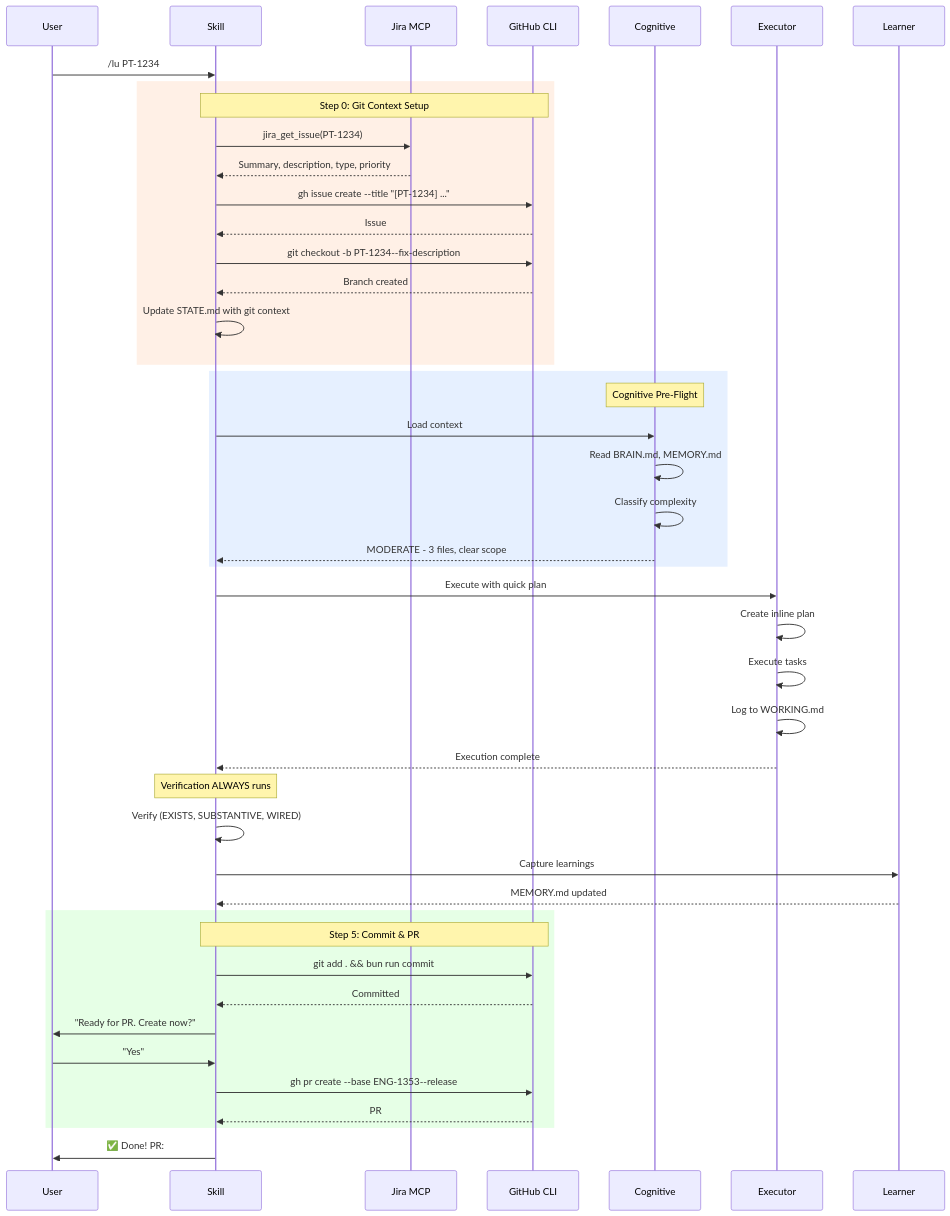
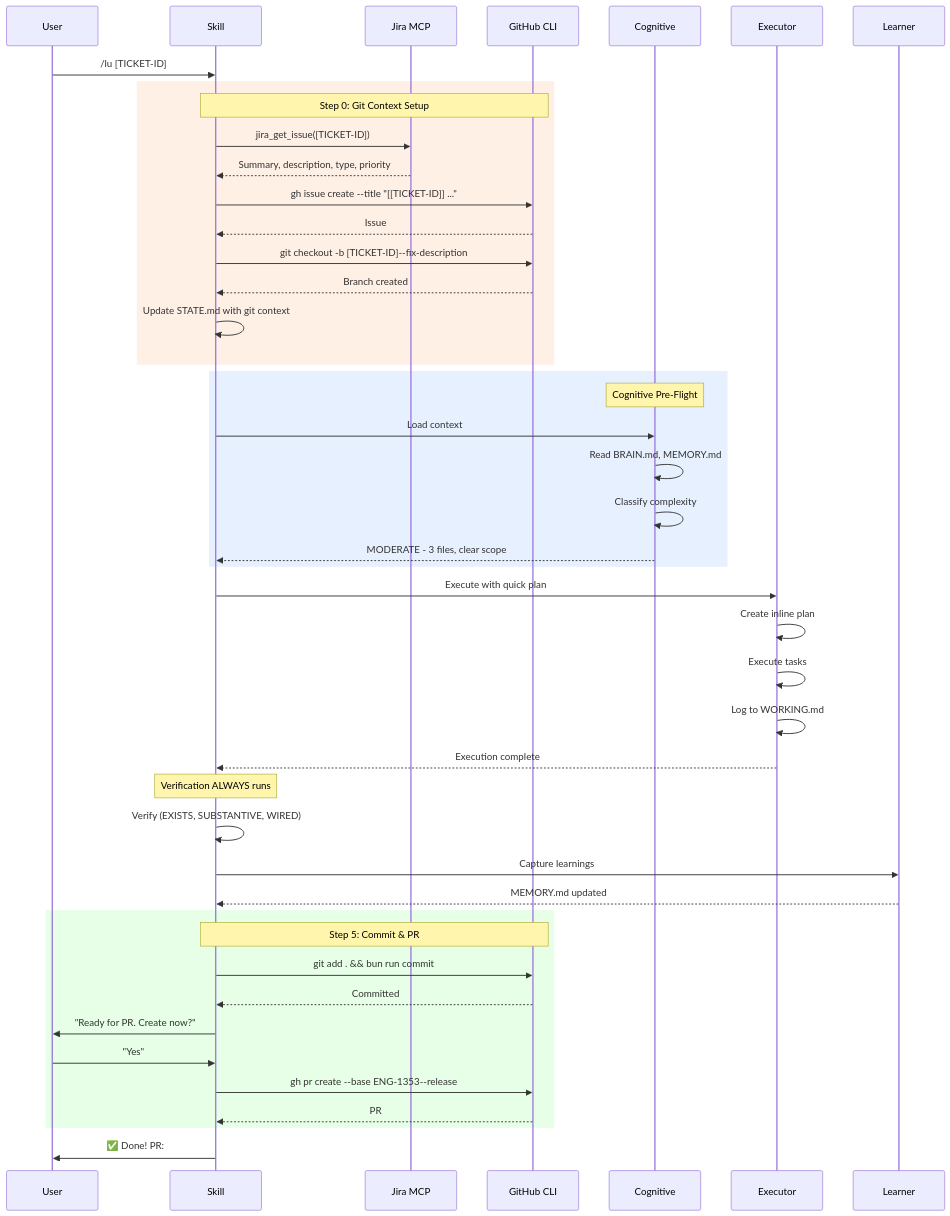
One commit to asibilia/luca-framework changed the second of 12 diagrams in docs/agent-framework/luca/end-to-end-workflow.md. Above: the diagram before and after it, drawn with Mermaid. The commit also changed other lines of this file and 205 other files, not shown here.

````diff
--- a/docs/agent-framework/luca/end-to-end-workflow.md
+++ b/docs/agent-framework/luca/end-to-end-workflow.md
@@ -70,55 +70,55 @@
 ```mermaid
 sequenceDiagram
     participant U as User
     participant S as Skill
     participant J as Jira MCP
     participant G as GitHub CLI
     participant C as Cognitive
     participant E as Executor
     participant L as Learner
 
-    U->>S: /lu PT-1234
+    U->>S: /lu [TICKET-ID]
 
     rect rgb(255, 240, 230)
         Note over S,G: Step 0: Git Context Setup
-        S->>J: jira_get_issue(PT-1234)
+        S->>J: jira_get_issue([TICKET-ID])
         J-->>S: Summary, description, type, priority
-        S->>G: gh issue create --title "[PT-1234] ..."
+        S->>G: gh issue create --title "[[TICKET-ID]] ..."
         G-->>S: Issue #456 created
-        S->>G: git checkout -b PT-1234--fix-description
+        S->>G: git checkout -b [TICKET-ID]--fix-description
         G-->>S: Branch created
         S->>S: Update STATE.md with git context
     end
 
     rect rgb(230, 240, 255)
         Note over C: Cognitive Pre-Flight
         S->>C: Load context
         C->>C: Read BRAIN.md, MEMORY.md
         C->>C: Classify complexity
         C-->>S: MODERATE - 3 files, clear scope
     end
 
     S->>E: Execute with quick plan
     E->>E: Create inline plan
     E->>E: Execute tasks
     E->>E: Log to WORKING.md
     E-->>S: Execution complete
 
     Note over S: Verification ALWAYS runs
     S->>S: Verify (EXISTS, SUBSTANTIVE, WIRED)
 
     S->>L: Capture learnings
     L-->>S: MEMORY.md updated
 
     rect rgb(230, 255, 230)
         Note over S,G: Step 5: Commit & PR
         S->>G: git add . && bun run commit
         G-->>S: Committed
         S->>U: "Ready for PR. Create now?"
         U->>S: "Yes"
         S->>G: gh pr create --base ENG-1353--release
         G-->>S: PR #789 created
     end
 
     S->>U: ✅ Done! PR: #789
 ```
````
